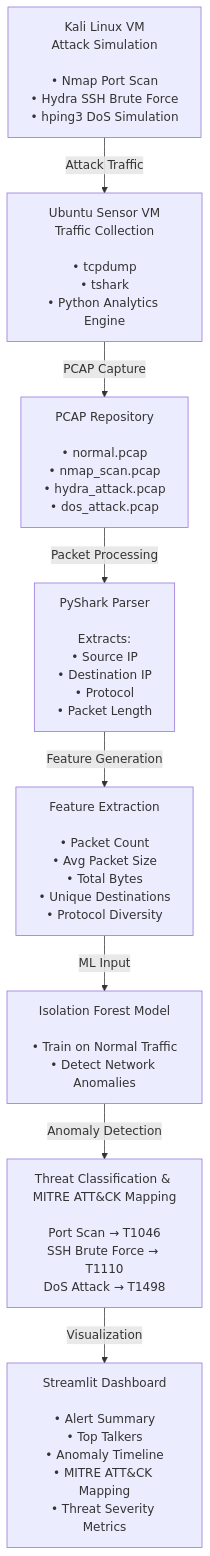
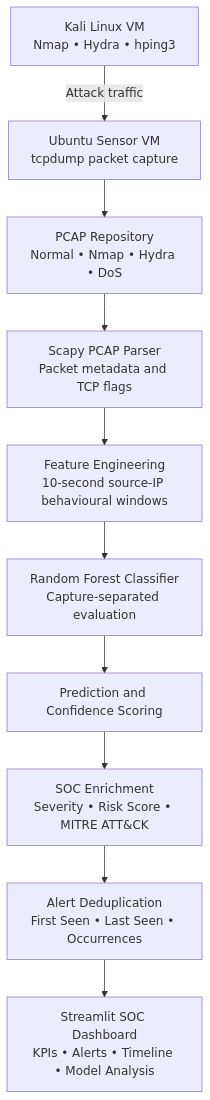
Before and after one commit to NimishChalkar/ai-network-traffic-analyzer: the diagram in README.md, drawn with Mermaid. The commit also changed other lines of this file and 109 other files, not shown here.

First line of the commit message:
Upgrade network threat detection pipeline

````diff
--- a/README.md
+++ b/README.md
@@ -9,27 +18,12 @@
 ```mermaid
 flowchart TD
-
-    A["Kali Linux VM<br>Attack Simulation<br><br>• Nmap Port Scan<br>• Hydra SSH Brute Force<br>• hping3 DoS Simulation"]
-
-    B["Ubuntu Sensor VM<br>Traffic Collection<br><br>• tcpdump<br>• tshark<br>• Python Analytics Engine"]
-
-    C["PCAP Repository<br><br>• normal.pcap<br>• nmap_scan.pcap<br>• hydra_attack.pcap<br>• dos_attack.pcap"]
-
-    D["PyShark Parser<br><br>Extracts:<br>• Source IP<br>• Destination IP<br>• Protocol<br>• Packet Length"]
-
-    E["Feature Extraction<br><br>• Packet Count<br>• Avg Packet Size<br>• Total Bytes<br>• Unique Destinations<br>• Protocol Diversity"]
-
-    F["Isolation Forest Model<br><br>• Train on Normal Traffic<br>• Detect Network Anomalies"]
-
-    G["Threat Classification & MITRE ATT&CK Mapping<br><br>Port Scan → T1046<br>SSH Brute Force → T1110<br>DoS Attack → T1498"]
-
-    H["Streamlit Dashboard<br><br>• Alert Summary<br>• Top Talkers<br>• Anomaly Timeline<br>• MITRE ATT&CK Mapping<br>• Threat Severity Metrics"]
-
-    A -->|Attack Traffic| B
-    B -->|PCAP Capture| C
-    C -->|Packet Processing| D
-    D -->|Feature Generation| E
-    E -->|ML Input| F
-    F -->|Anomaly Detection| G
-    G -->|Visualization| H
+    A["Kali Linux VM<br/>Nmap • Hydra • hping3"] -->|Attack traffic| B["Ubuntu Sensor VM<br/>tcpdump packet capture"]
+    B --> C["PCAP Repository<br/>Normal • Nmap • Hydra • DoS"]
+    C --> D["Scapy PCAP Parser<br/>Packet metadata and TCP flags"]
+    D --> E["Feature Engineering<br/>10-second source-IP behavioural windows"]
+    E --> F["Random Forest Classifier<br/>Capture-separated evaluation"]
+    F --> G["Prediction and Confidence Scoring"]
+    G --> H["SOC Enrichment<br/>Severity • Risk Score • MITRE ATT&CK"]
+    H --> I["Alert Deduplication<br/>First Seen • Last Seen • Occurrences"]
+    I --> J["Streamlit SOC Dashboard<br/>KPIs • Alerts • Timeline • Model Analysis"]
 ```
````
